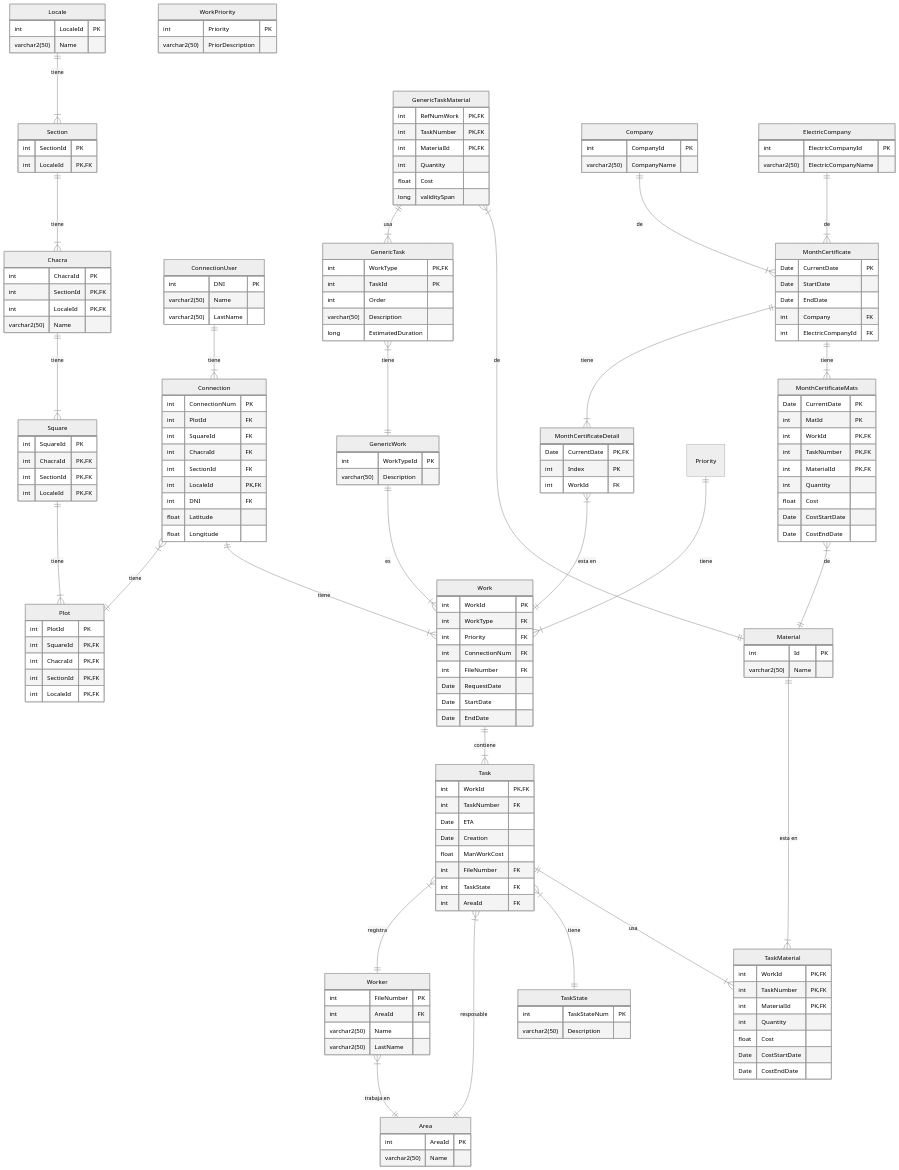
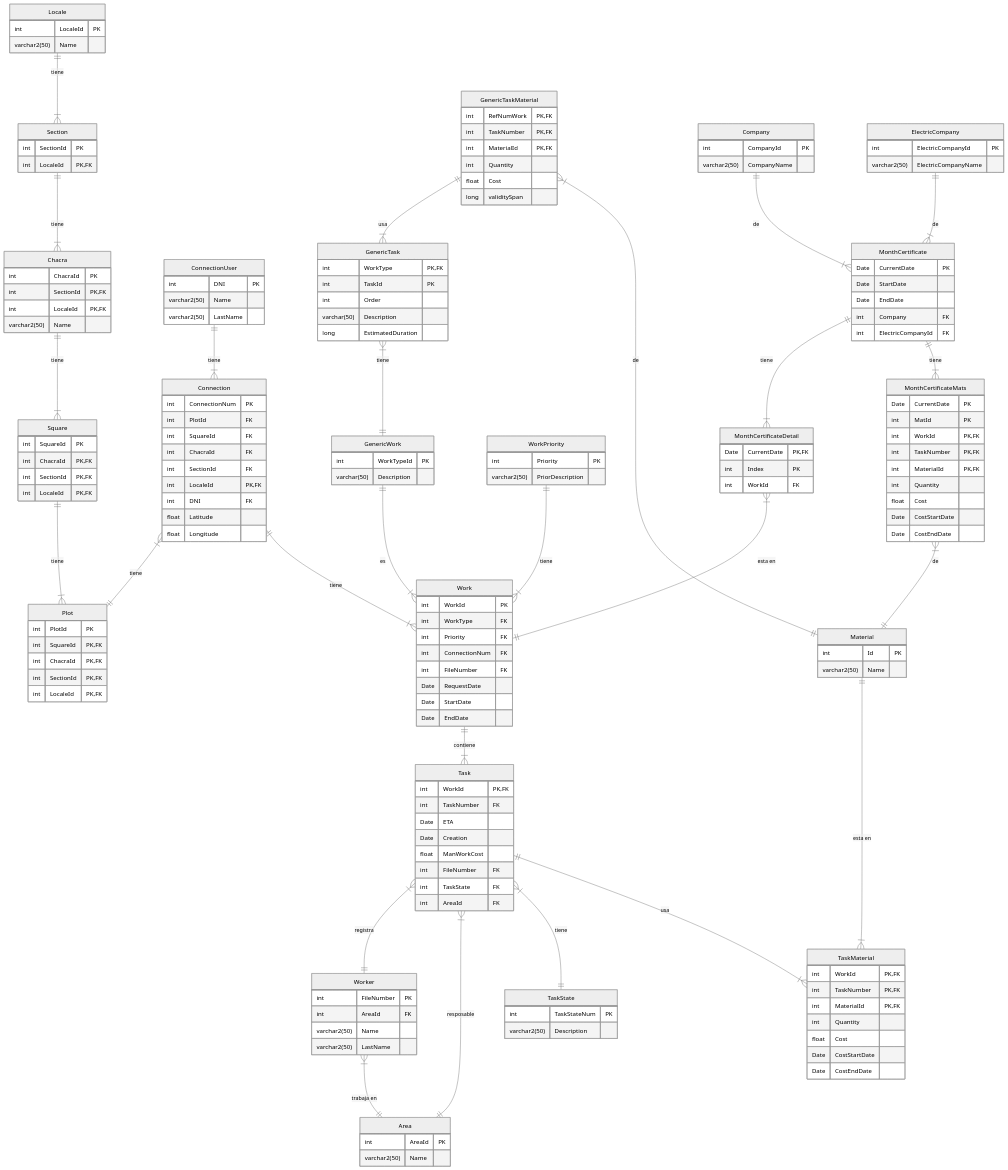
One commit to Oscar-Wohlfarhrt/TBD-2024-TPI changed the diagram in docs/DER.md. Above: the diagram before and after it, drawn with Mermaid (neutral theme).

```diff
--- a/docs/DER.md
+++ b/docs/DER.md
@@ -172,7 +172,7 @@
     Task }|--|| TaskState : tiene
 	Task ||--|{ TaskMaterial : usa
 	Material ||--|{ TaskMaterial : "esta en"
-    Priority ||--|{ Work : "tiene"
+    WorkPriority ||--|{ Work : "tiene"
     ConnectionUser ||--|{ Connection : "tiene"
 
 	GenericWork ||--|{ Work : "es"
```
